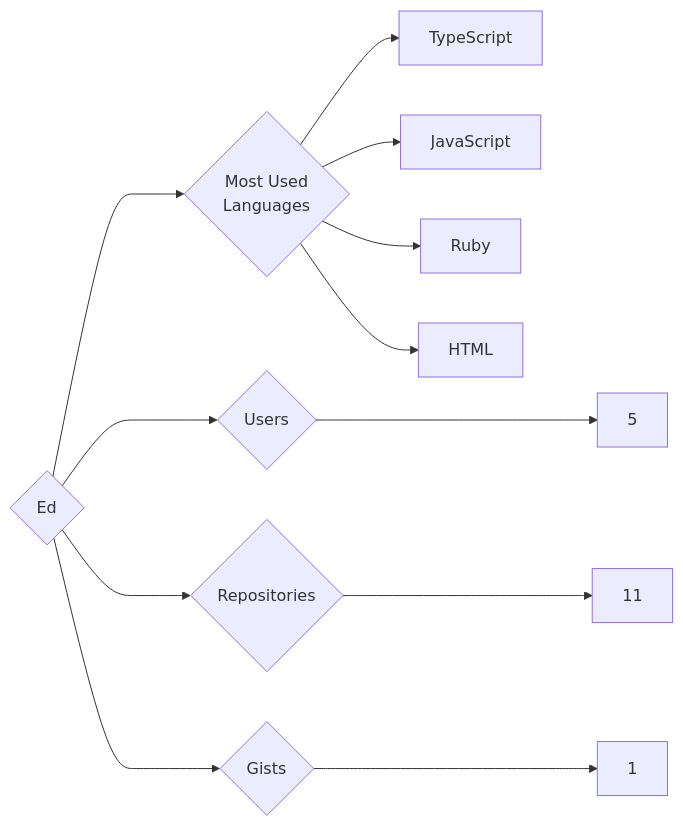
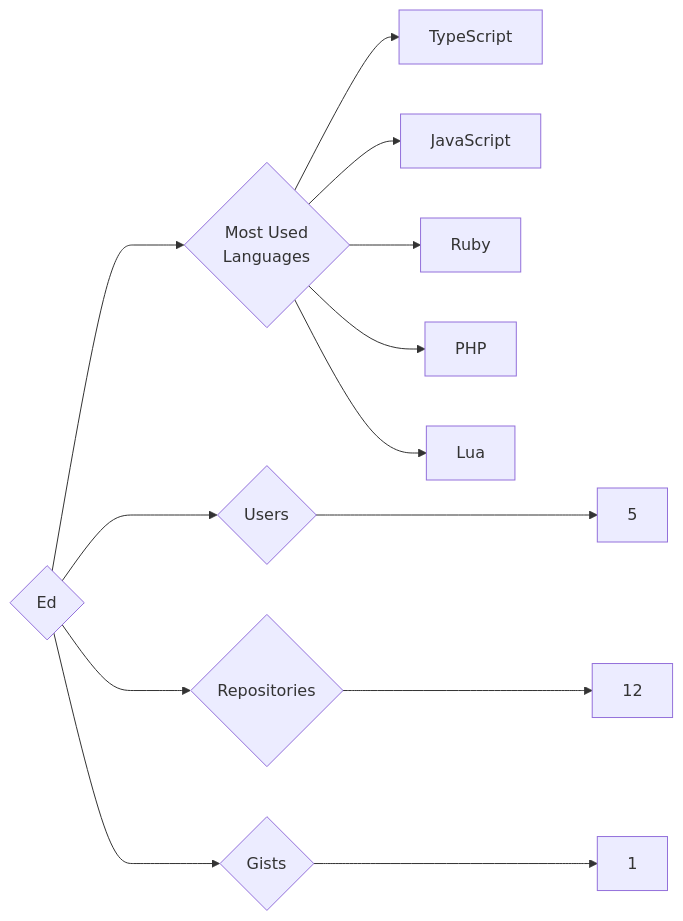
One commit to trickest/insiders changed the diagram in targets/Ed/README.md. Above: the diagram before and after it, drawn with Mermaid. The commit also changed 1120 other files, not shown here.

````diff
--- a/targets/Ed/README.md
+++ b/targets/Ed/README.md
@@ -3,12 +3,13 @@
 ```mermaid
 graph LR
 COMPANY_NAME{Ed}
 COMPANY_NAME ---> U{Users} ---> UN[5]
-COMPANY_NAME ---> R{Repositories} ---> RN[11]
+COMPANY_NAME ---> R{Repositories} ---> RN[12]
 COMPANY_NAME ---> G{Gists} ---> GN[1]
 COMPANY_NAME ---> ML{Most Used<br>Languages}
 ML --> TypeScript[TypeScript]
 ML --> JavaScript[JavaScript]
 ML --> Ruby[Ruby]
-ML --> HTML[HTML]
+ML --> PHP[PHP]
+ML --> Lua[Lua]
 ```
````
